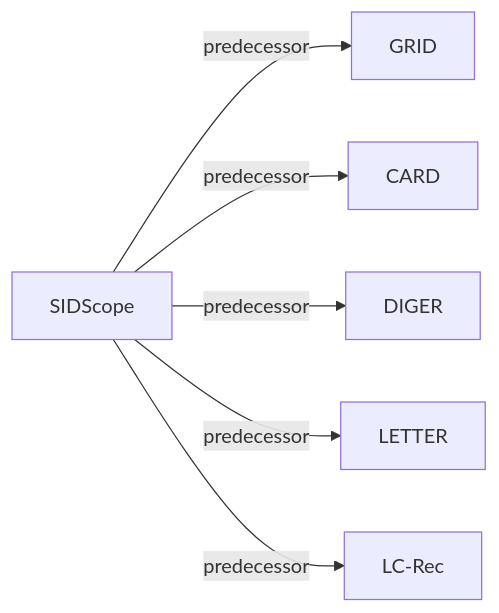
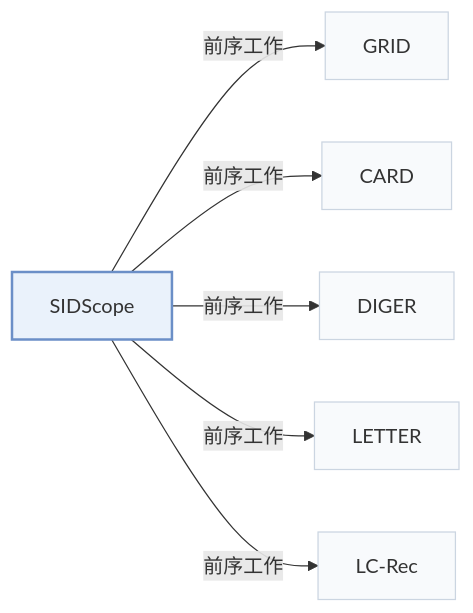
Before and after one commit to Galaxy-ghost/Awesome-SID-Generative-Rec: the second of 2 diagrams in pages/zh/papers/sidscope.md, drawn with Mermaid. The commit also changed other lines of this file and 649 other files, not shown here.

Commit message:
writer-05: also tags and modality index (schema, check, build, visuals); summary field removed; calibration data for 12 papers

````diff
--- a/pages/zh/papers/sidscope.md
+++ b/pages/zh/papers/sidscope.md
@@ -63,9 +65,13 @@
 ```mermaid
 flowchart LR
     P["SIDScope"]
-    P -->|predecessor| A["GRID"]
-    P -->|predecessor| B["CARD"]
-    P -->|predecessor| C["DIGER"]
-    P -->|predecessor| D["LETTER"]
-    P -->|predecessor| E["LC-Rec"]
+    P -->|"前序工作"| A["GRID"]
+    P -->|"前序工作"| B["CARD"]
+    P -->|"前序工作"| C["DIGER"]
+    P -->|"前序工作"| D["LETTER"]
+    P -->|"前序工作"| E["LC-Rec"]
+    classDef main fill:#eaf2fb,stroke:#6b8fc7,stroke-width:2px
+    classDef peer fill:#f8fafc,stroke:#cbd5e1
+    class P main
+    class A,B,C,D,E peer
 ```
````
